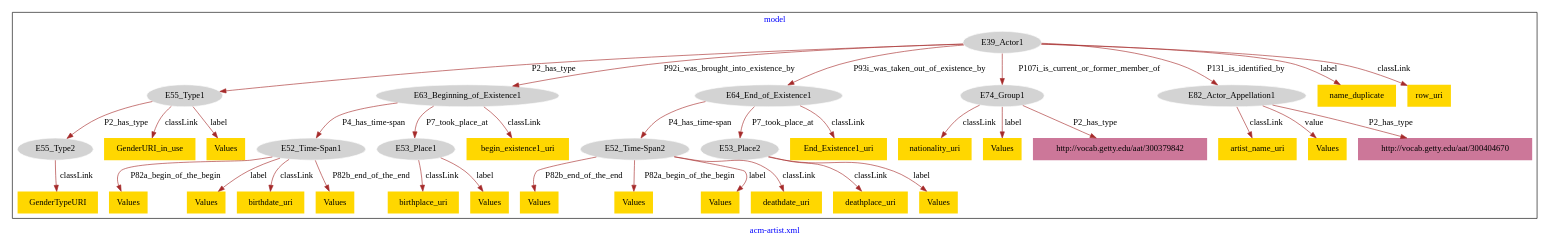
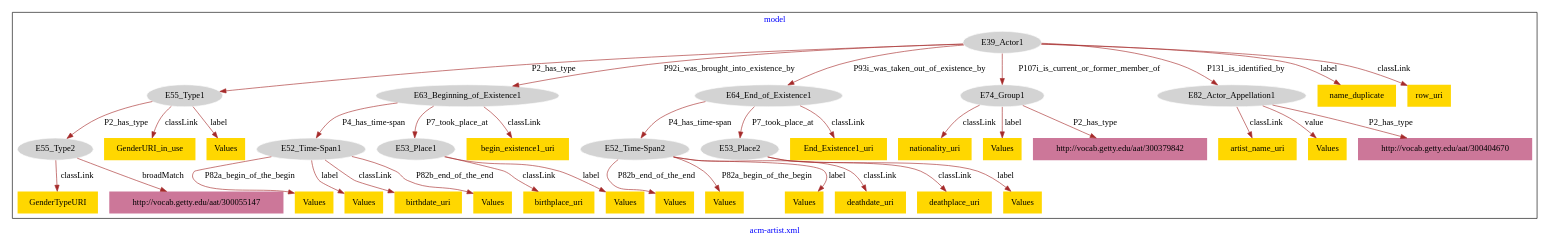
Before and after one commit to american-art/acm: the diagram in acm-artist/acm-artist-model.dot, drawn with Graphviz.

Commit message:
Update file acm-artist-model.dot

```diff
--- a/acm-artist/acm-artist-model.dot
+++ b/acm-artist/acm-artist-model.dot
@@ -1,79 +1,81 @@
 digraph n0 {
 fontcolor="blue"
 remincross="true"
 label="acm-artist.xml"
 subgraph cluster {
 label="model"
 n2[style="filled",color="white",fillcolor="lightgray",label="E39_Actor1"];
 n3[style="filled",color="white",fillcolor="lightgray",label="E55_Type1"];
 n4[style="filled",color="white",fillcolor="lightgray",label="E63_Beginning_of_Existence1"];
 n5[style="filled",color="white",fillcolor="lightgray",label="E64_End_of_Existence1"];
 n6[style="filled",color="white",fillcolor="lightgray",label="E74_Group1"];
 n7[style="filled",color="white",fillcolor="lightgray",label="E82_Actor_Appellation1"];
 n8[style="filled",color="white",fillcolor="lightgray",label="E55_Type2"];
 n9[style="filled",color="white",fillcolor="lightgray",label="E52_Time-Span1"];
 n10[style="filled",color="white",fillcolor="lightgray",label="E53_Place1"];
 n11[style="filled",color="white",fillcolor="lightgray",label="E52_Time-Span2"];
 n12[style="filled",color="white",fillcolor="lightgray",label="E53_Place2"];
 n13[shape="plaintext",style="filled",fillcolor="gold",label="nationality_uri"];
 n14[shape="plaintext",style="filled",fillcolor="gold",label="begin_existence1_uri"];
 n15[shape="plaintext",style="filled",fillcolor="gold",label="name_duplicate"];
 n16[shape="plaintext",style="filled",fillcolor="gold",label="GenderURI_in_use"];
 n17[shape="plaintext",style="filled",fillcolor="gold",label="artist_name_uri"];
 n18[shape="plaintext",style="filled",fillcolor="gold",label="Values"];
 n19[shape="plaintext",style="filled",fillcolor="gold",label="Values"];
 n20[shape="plaintext",style="filled",fillcolor="gold",label="deathplace_uri"];
 n21[shape="plaintext",style="filled",fillcolor="gold",label="Values"];
 n22[shape="plaintext",style="filled",fillcolor="gold",label="Values"];
 n23[shape="plaintext",style="filled",fillcolor="gold",label="GenderTypeURI"];
 n24[shape="plaintext",style="filled",fillcolor="gold",label="birthplace_uri"];
 n25[shape="plaintext",style="filled",fillcolor="gold",label="End_Existence1_uri"];
 n26[shape="plaintext",style="filled",fillcolor="gold",label="Values"];
 n27[shape="plaintext",style="filled",fillcolor="gold",label="row_uri"];
 n28[shape="plaintext",style="filled",fillcolor="gold",label="Values"];
 n29[shape="plaintext",style="filled",fillcolor="gold",label="birthdate_uri"];
 n30[shape="plaintext",style="filled",fillcolor="gold",label="Values"];
 n31[shape="plaintext",style="filled",fillcolor="gold",label="Values"];
 n32[shape="plaintext",style="filled",fillcolor="gold",label="deathdate_uri"];
 n33[shape="plaintext",style="filled",fillcolor="gold",label="Values"];
 n34[shape="plaintext",style="filled",fillcolor="gold",label="Values"];
 n35[shape="plaintext",style="filled",fillcolor="gold",label="Values"];
 n36[shape="plaintext",style="filled",fillcolor="#CC7799",label="http://vocab.getty.edu/aat/300404670"];
 n37[shape="plaintext",style="filled",fillcolor="#CC7799",label="http://vocab.getty.edu/aat/300379842"];
+n38[shape="plaintext",style="filled",fillcolor="#CC7799",label="http://vocab.getty.edu/aat/300055147"];
 }
 n2 -> n3[color="brown",fontcolor="black",label="P2_has_type"]
 n2 -> n4[color="brown",fontcolor="black",label="P92i_was_brought_into_existence_by"]
 n2 -> n5[color="brown",fontcolor="black",label="P93i_was_taken_out_of_existence_by"]
 n2 -> n6[color="brown",fontcolor="black",label="P107i_is_current_or_former_member_of"]
 n2 -> n7[color="brown",fontcolor="black",label="P131_is_identified_by"]
 n3 -> n8[color="brown",fontcolor="black",label="P2_has_type"]
 n4 -> n9[color="brown",fontcolor="black",label="P4_has_time-span"]
 n4 -> n10[color="brown",fontcolor="black",label="P7_took_place_at"]
 n5 -> n11[color="brown",fontcolor="black",label="P4_has_time-span"]
 n5 -> n12[color="brown",fontcolor="black",label="P7_took_place_at"]
 n6 -> n13[color="brown",fontcolor="black",label="classLink"]
 n4 -> n14[color="brown",fontcolor="black",label="classLink"]
 n2 -> n15[color="brown",fontcolor="black",label="label"]
 n3 -> n16[color="brown",fontcolor="black",label="classLink"]
 n7 -> n17[color="brown",fontcolor="black",label="classLink"]
 n9 -> n18[color="brown",fontcolor="black",label="P82a_begin_of_the_begin"]
 n9 -> n19[color="brown",fontcolor="black",label="label"]
 n12 -> n20[color="brown",fontcolor="black",label="classLink"]
 n11 -> n21[color="brown",fontcolor="black",label="P82b_end_of_the_end"]
 n11 -> n22[color="brown",fontcolor="black",label="P82a_begin_of_the_begin"]
 n8 -> n23[color="brown",fontcolor="black",label="classLink"]
 n10 -> n24[color="brown",fontcolor="black",label="classLink"]
 n5 -> n25[color="brown",fontcolor="black",label="classLink"]
 n6 -> n26[color="brown",fontcolor="black",label="label"]
 n2 -> n27[color="brown",fontcolor="black",label="classLink"]
 n3 -> n28[color="brown",fontcolor="black",label="label"]
 n9 -> n29[color="brown",fontcolor="black",label="classLink"]
 n10 -> n30[color="brown",fontcolor="black",label="label"]
 n11 -> n31[color="brown",fontcolor="black",label="label"]
 n11 -> n32[color="brown",fontcolor="black",label="classLink"]
 n9 -> n33[color="brown",fontcolor="black",label="P82b_end_of_the_end"]
 n7 -> n34[color="brown",fontcolor="black",label="value"]
 n12 -> n35[color="brown",fontcolor="black",label="label"]
 n7 -> n36[color="brown",fontcolor="black",label="P2_has_type"]
 n6 -> n37[color="brown",fontcolor="black",label="P2_has_type"]
+n8 -> n38[color="brown",fontcolor="black",label="broadMatch"]
 }
```
